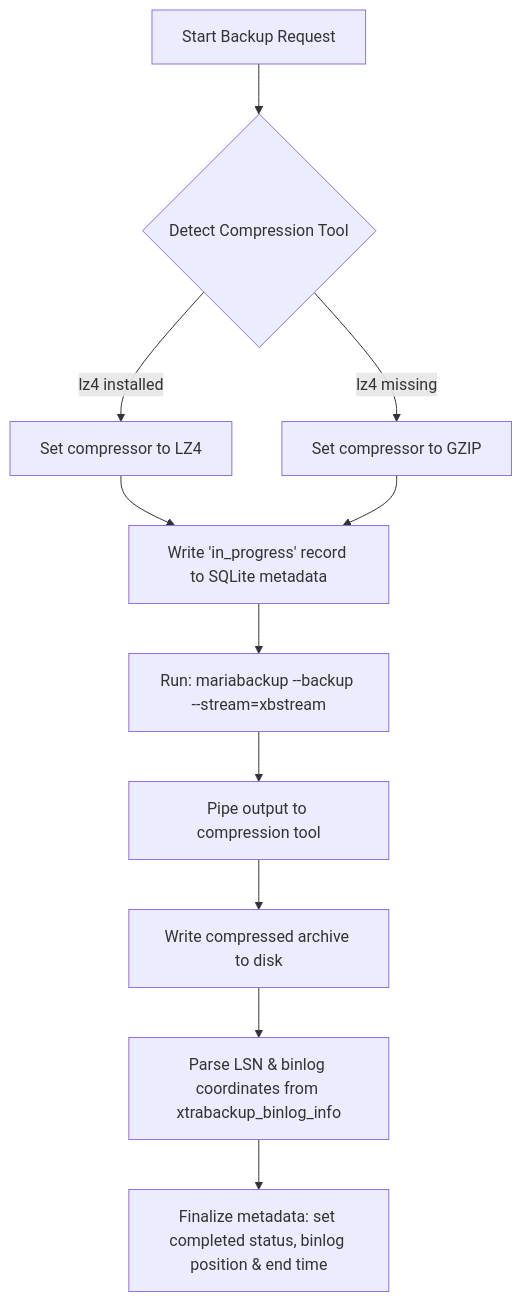
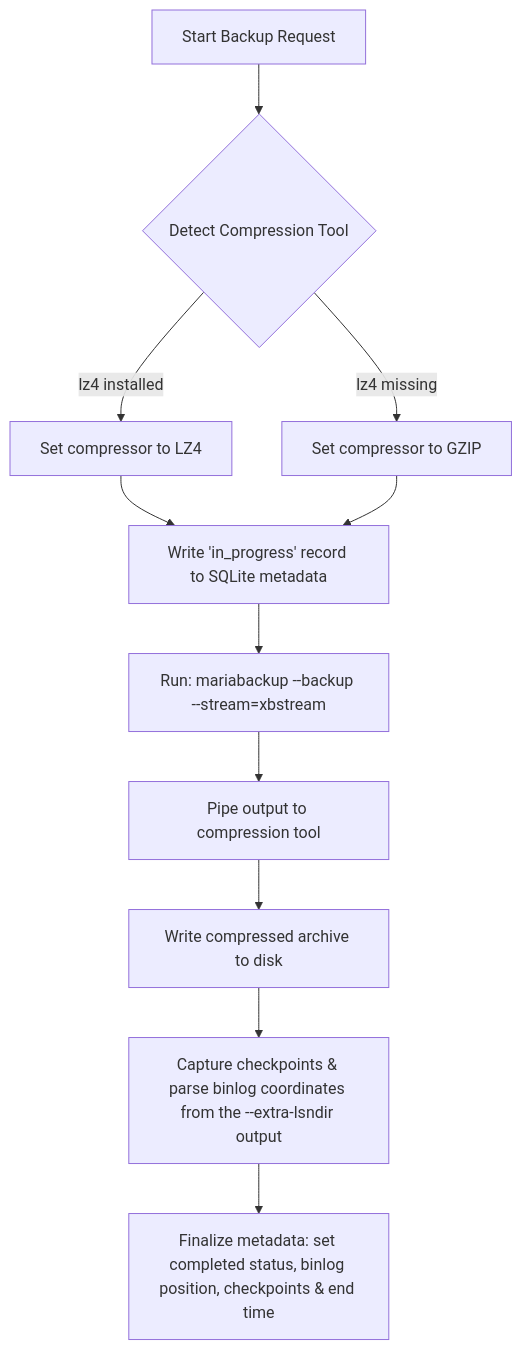
One commit to sriharip316/mbkp changed the diagram in AGENTS.md. Above: the diagram before and after it, drawn with Mermaid. The commit also changed other lines of this file and 4 other files, not shown here.

````diff
--- a/AGENTS.md
+++ b/AGENTS.md
@@ -69,12 +70,12 @@
 ```mermaid
 graph TD
     A[Start Backup Request] --> B{Detect Compression Tool}
     B -->|lz4 installed| C[Set compressor to LZ4]
     B -->|lz4 missing| D[Set compressor to GZIP]
     C & D --> E[Write 'in_progress' record to SQLite metadata]
     E --> F[Run: mariabackup --backup --stream=xbstream]
     F --> G[Pipe output to compression tool]
     G --> H[Write compressed archive to disk]
-    H --> I[Parse LSN & binlog coordinates from xtrabackup_binlog_info]
-    I --> J[Finalize metadata: set completed status, binlog position & end time]
+    H --> I[Capture checkpoints & parse binlog coordinates from the --extra-lsndir output]
+    I --> J[Finalize metadata: set completed status, binlog position, checkpoints & end time]
 ```
````
